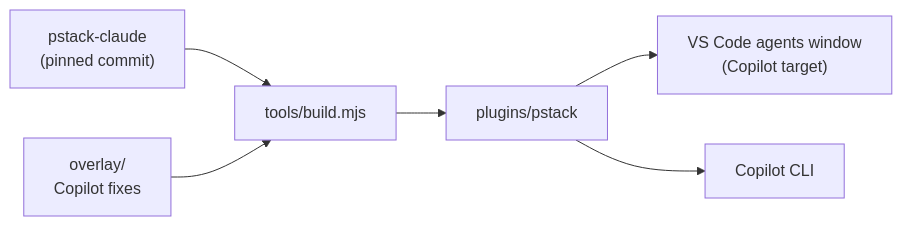
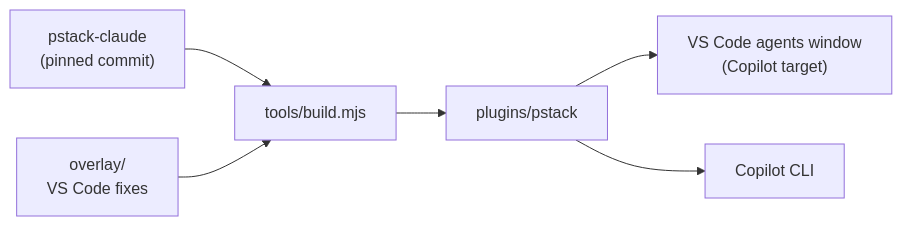
The diagram in README.md (hackernotfound/pstack-vscode), drawn with Mermaid before and after one commit. The commit also changed other lines of this file and 223 other files, not shown here.

````diff
--- a/README.md
+++ b/README.md
@@ -96,8 +115,8 @@
 ```mermaid
 flowchart LR
   A["pstack-claude<br/>(pinned commit)"] --> B["tools/build.mjs"]
-  O["overlay/<br/>Copilot fixes"] --> B
+  O["overlay/<br/>VS Code fixes"] --> B
   B --> P["plugins/pstack"]
   P --> V["VS Code agents window<br/>(Copilot target)"]
   P --> C["Copilot CLI"]
 ```
````
